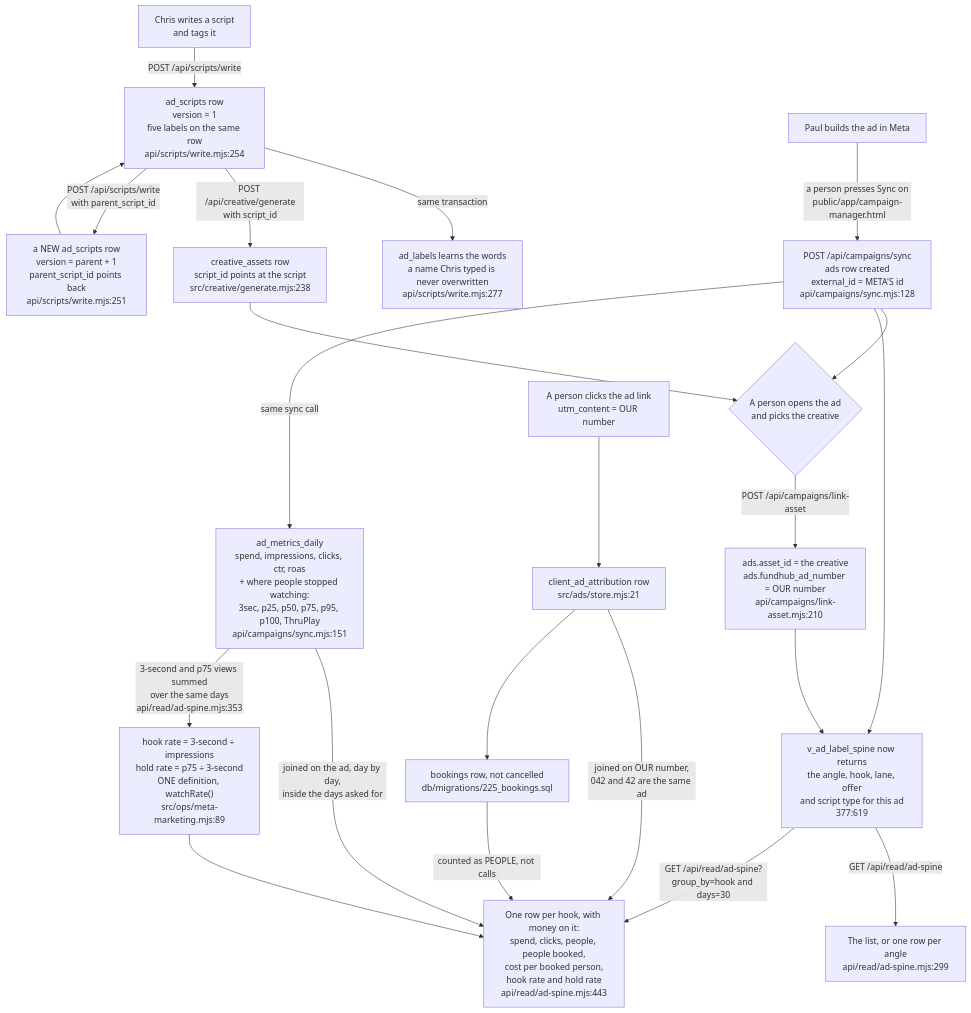
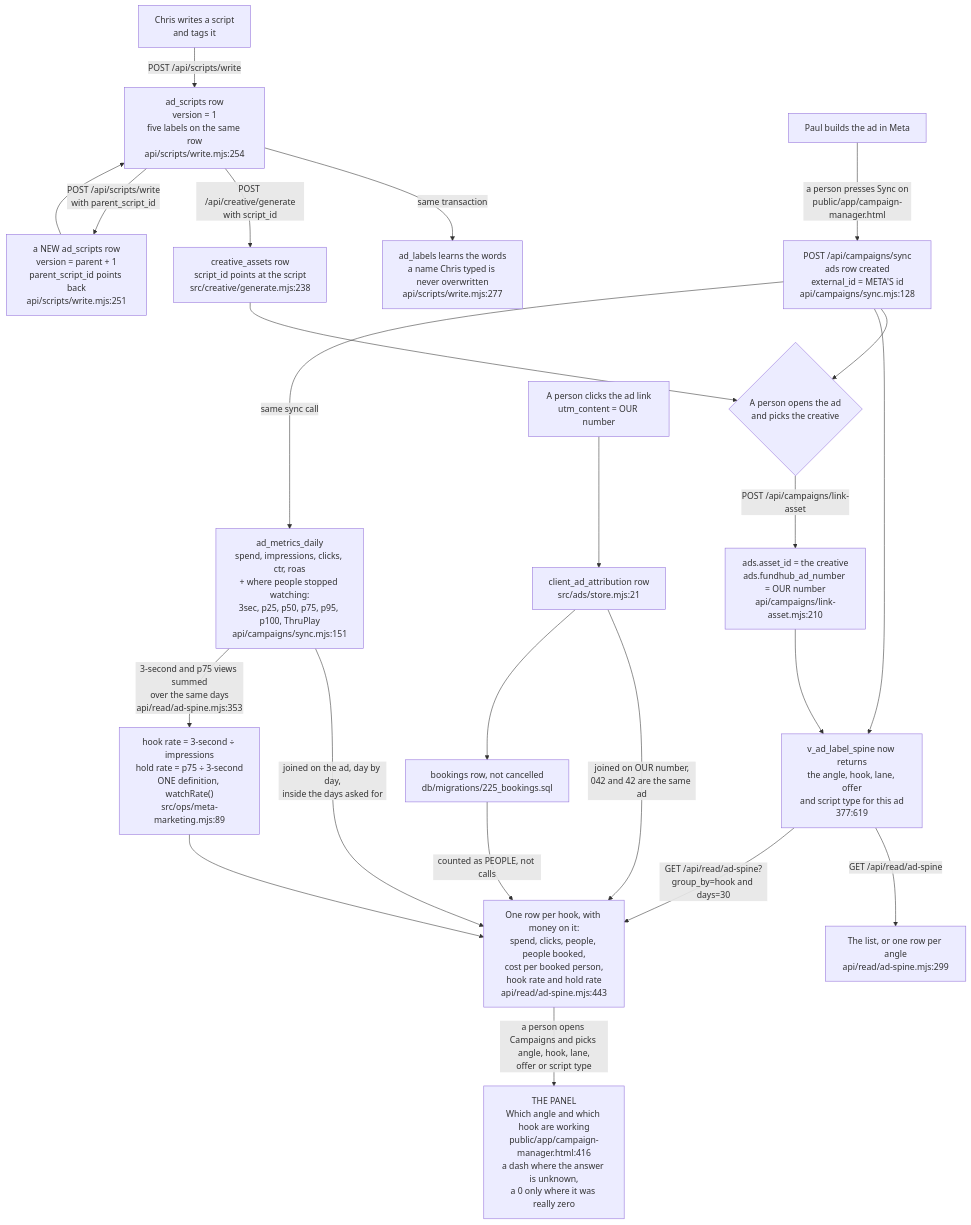
The diagram in docs/journeys/ad-label-spine-flow.md (ZootimusMaximusSupreme/Fundhub_ai), drawn with Mermaid before and after one commit. The commit also changed other lines of this file and 25 other files, not shown here.

````diff
--- a/docs/journeys/ad-label-spine-flow.md
+++ b/docs/journeys/ad-label-spine-flow.md
@@ -50,33 +50,34 @@
 ```mermaid
 flowchart TD
     A["Chris writes a script<br/>and tags it"] -->|POST /api/scripts/write| B["ad_scripts row<br/>version = 1<br/>five labels on the same row<br/>api/scripts/write.mjs:254"]
     B -->|same transaction| C["ad_labels learns the words<br/>a name Chris typed is never overwritten<br/>api/scripts/write.mjs:277"]
 
     B -->|"POST /api/creative/generate<br/>with script_id"| D["creative_assets row<br/>script_id points at the script<br/>src/creative/generate.mjs:238"]
 
     E["Paul builds the ad in Meta"] -->|"a person presses Sync on<br/>public/app/campaign-manager.html"| F["POST /api/campaigns/sync<br/>ads row created<br/>external_id = META'S id<br/>api/campaigns/sync.mjs:128"]
 
     F --> G{"A person opens the ad<br/>and picks the creative"}
     D --> G
     G -->|POST /api/campaigns/link-asset| H["ads.asset_id = the creative<br/>ads.fundhub_ad_number = OUR number<br/>api/campaigns/link-asset.mjs:210"]
 
     H --> I["v_ad_label_spine now returns<br/>the angle, hook, lane, offer<br/>and script type for this ad<br/>377:619"]
     F --> I
 
     I -->|GET /api/read/ad-spine| J["The list, or one row per angle<br/>api/read/ad-spine.mjs:299"]
 
     I -->|"GET /api/read/ad-spine?group_by=hook and days=30"| M["One row per hook, with money on it:<br/>spend, clicks, people, people booked,<br/>cost per booked person,<br/>hook rate and hold rate<br/>api/read/ad-spine.mjs:443"]
     K -->|"joined on the ad, day by day,<br/>inside the days asked for"| M
     K -->|"3-second and p75 views summed<br/>over the same days<br/>api/read/ad-spine.mjs:353"| Q["hook rate = 3-second ÷ impressions<br/>hold rate = p75 ÷ 3-second<br/>ONE definition, watchRate()<br/>src/ops/meta-marketing.mjs:89"]
     Q --> M
+    M -->|"a person opens Campaigns and picks angle, hook, lane,<br/>offer or script type"| S["THE PANEL<br/>Which angle and which hook are working<br/>public/app/campaign-manager.html:416<br/>a dash where the answer is unknown,<br/>a 0 only where it was really zero"]
     N["A person clicks the ad link<br/>utm_content = OUR number"] --> O["client_ad_attribution row<br/>src/ads/store.mjs:21"]
     O -->|"joined on OUR number,<br/>042 and 42 are the same ad"| M
     O --> P["bookings row, not cancelled<br/>db/migrations/225_bookings.sql"]
     P -->|"counted as PEOPLE, not calls"| M
 
     F -->|same sync call| K["ad_metrics_daily<br/>spend, impressions, clicks, ctr, roas<br/>+ where people stopped watching:<br/>3sec, p25, p50, p75, p95, p100, ThruPlay<br/>api/campaigns/sync.mjs:151"]
 
     B -->|"POST /api/scripts/write<br/>with parent_script_id"| L["a NEW ad_scripts row<br/>version = parent + 1<br/>parent_script_id points back<br/>api/scripts/write.mjs:251"]
     L --> B
 
 ```
````
